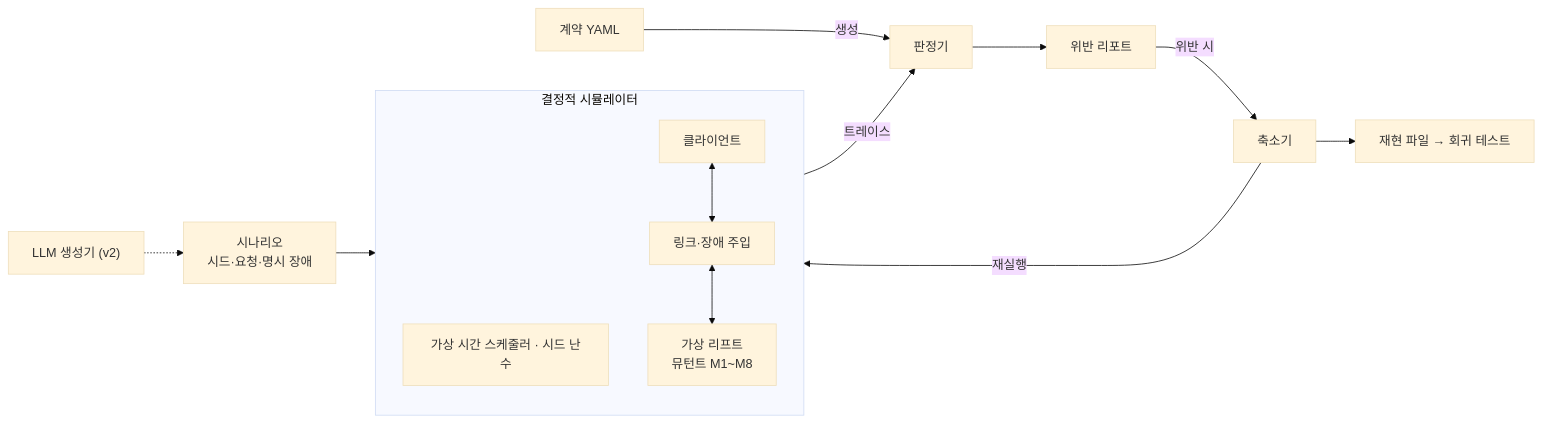
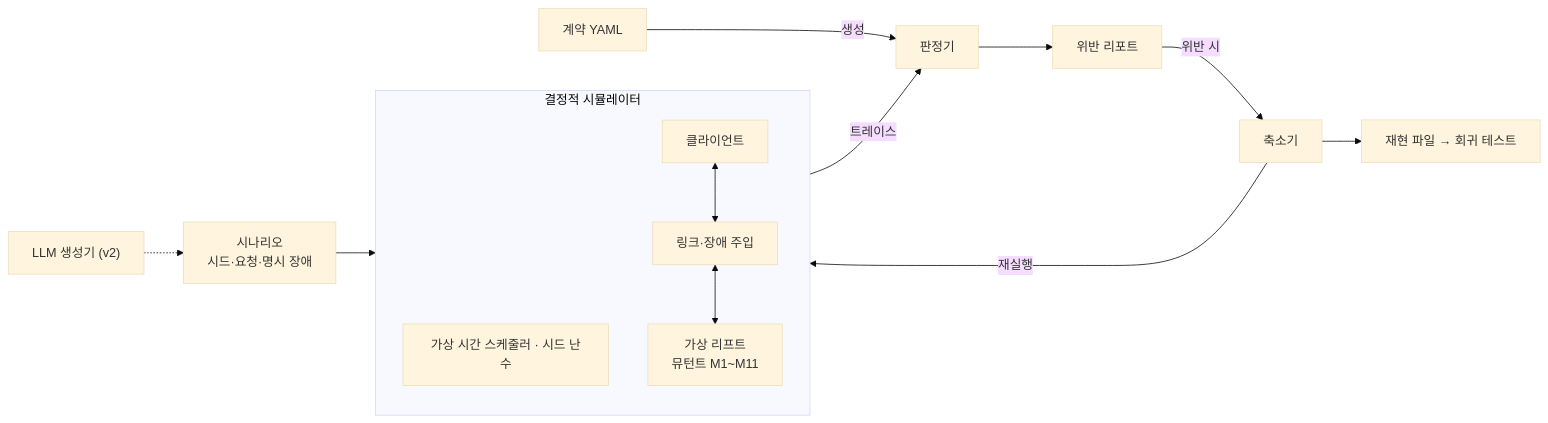
One commit to jwsung91/replayspect changed the diagram in docs/design-v0.md. Above: the diagram before and after it, drawn with Mermaid (base theme). The commit also changed other lines of this file and 5 other files, not shown here.

````diff
--- a/docs/design-v0.md
+++ b/docs/design-v0.md
@@ -27,15 +27,15 @@
 ```mermaid
 flowchart LR
   LLM["LLM 생성기 (v2)"] -.-> SC["시나리오\n시드·요청·명시 장애"]
   SC --> SIM
   subgraph SIM["결정적 시뮬레이터"]
     SCH["가상 시간 스케줄러 · 시드 난수"]
-    CL["클라이언트"] <--> LK["링크·장애 주입"] <--> DV["가상 리프트\n뮤턴트 M1~M8"]
+    CL["클라이언트"] <--> LK["링크·장애 주입"] <--> DV["가상 리프트\n뮤턴트 M1~M11"]
   end
   CT["계약 YAML"] -->|생성| JD["판정기"]
   SIM -->|트레이스| JD
   JD --> RP["위반 리포트"]
   RP -->|위반 시| SH["축소기"]
   SH -->|재실행| SIM
   SH --> RE["재현 파일 → 회귀 테스트"]
 ```
````
